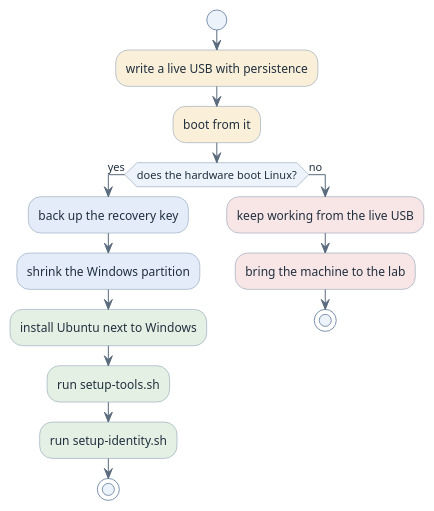
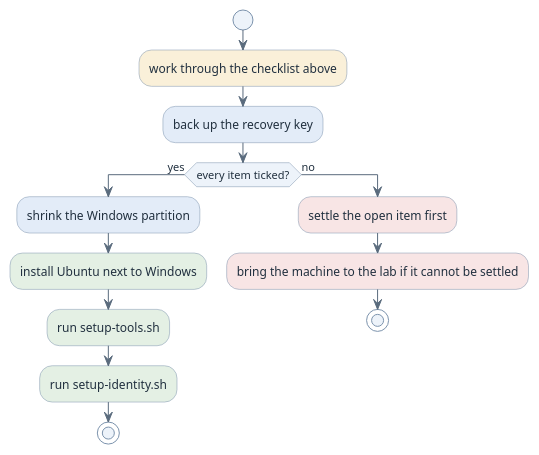
Before and after one commit to htl-leonding-college/curriculum-syp3: the diagram in modules/learning-environment-setup/index.adoc, drawn with PlantUML. The commit also changed other lines of this file and 6 other files, not shown here.

First line of the commit message:
feat(curriculum): drop the live USB test before the installation

```diff
--- a/modules/learning-environment-setup/index.adoc
+++ b/modules/learning-environment-setup/index.adoc
@@ -71,31 +71,30 @@
 [plantuml,setup-order,svg]
 ----
 @startuml
 <style>
 element { BackgroundColor #EDF3FA; LineColor #7C93AD; FontColor #21303F }
 arrow { LineColor #5A6B7D; FontColor #21303F }
 .key { BackgroundColor #E3ECF8 }
 .work { BackgroundColor #FAF0D9 }
 .ok { BackgroundColor #E4F0E4 }
 .bad { BackgroundColor #F8E5E5 }
 .aside { BackgroundColor #ECE6F7 }
 .muted { BackgroundColor #F0F2F5 }
 </style>
 skinparam shadowing false
 start
-:write a live USB with persistence; <<work>>
-:boot from it; <<work>>
-if (does the hardware boot Linux?) then (yes)
-  :back up the recovery key; <<key>>
+:work through the checklist above; <<work>>
+:back up the recovery key; <<key>>
+if (every item ticked?) then (yes)
   :shrink the Windows partition; <<key>>
   :install Ubuntu next to Windows; <<ok>>
   :run setup-tools.sh; <<ok>>
   :run setup-identity.sh; <<ok>>
   stop
 else (no)
-  :keep working from the live USB; <<bad>>
-  :bring the machine to the lab; <<bad>>
+  :settle the open item first; <<bad>>
+  :bring the machine to the lab if it cannot be settled; <<bad>>
   stop
 endif
 @enduml
 ----
```
